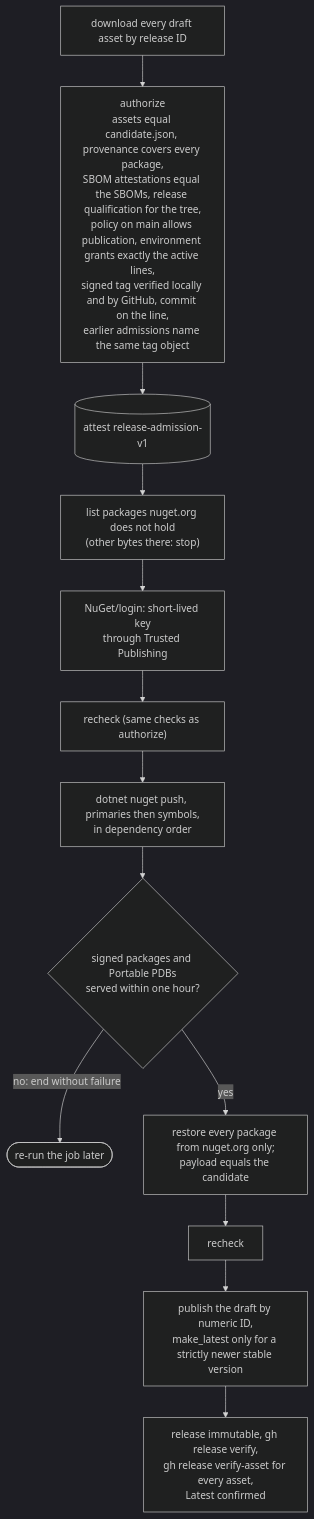
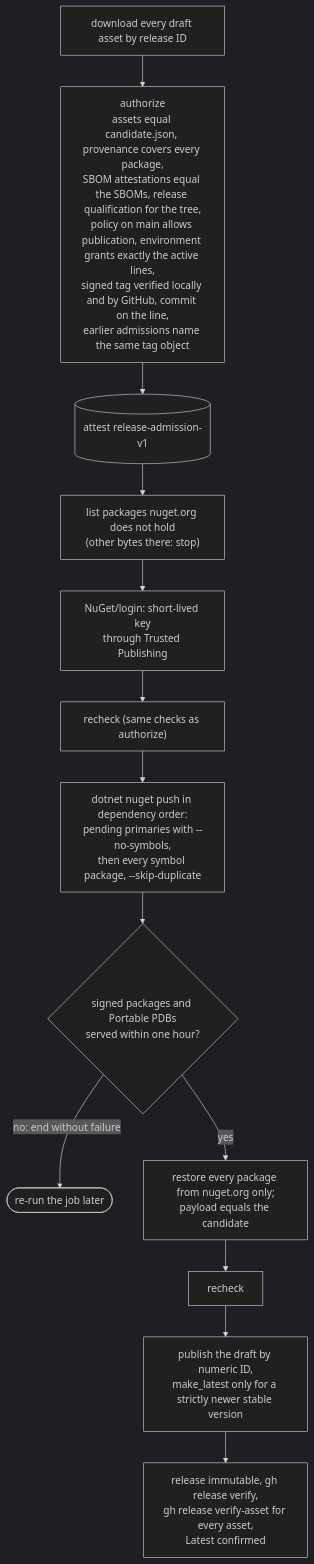
Diagram 13 of 19 in docs/overview.md (doka-labs/workflows), drawn with Mermaid (dark theme) before and after one commit. The commit also changed other lines of this file and 8 other files, not shown here.

````diff
--- a/docs/overview.md
+++ b/docs/overview.md
@@ -317,15 +319,15 @@
 ```mermaid
 flowchart TB
   dl["download every draft asset by release ID"] --> auth["authorize<br/>assets equal candidate.json, provenance covers every package,<br/>SBOM attestations equal the SBOMs, release qualification for the tree,<br/>policy on main allows publication, environment grants exactly the active lines,<br/>signed tag verified locally and by GitHub, commit on the line,<br/>earlier admissions name the same tag object"]
   auth --> adm[("attest release-admission-v1")]
   adm --> pending["list packages nuget.org does not hold<br/>(other bytes there: stop)"]
   pending --> login["NuGet/login: short-lived key<br/>through Trusted Publishing"]
   login --> recheck["recheck (same checks as authorize)"]
-  recheck --> push["dotnet nuget push, primaries then symbols,<br/>in dependency order"]
+  recheck --> push["dotnet nuget push in dependency order:<br/>pending primaries with --no-symbols,<br/>then every symbol package, --skip-duplicate"]
   push --> readback{"signed packages and Portable PDBs<br/>served within one hour?"}
   readback -- "no: end without failure" --> rerun(["re-run the job later"])
   readback -- yes --> consumer["restore every package from nuget.org only;<br/>payload equals the candidate"]
   consumer --> recheck2["recheck"]
   recheck2 --> rel["publish the draft by numeric ID,<br/>make_latest only for a strictly newer stable version"]
   rel --> verify["release immutable, gh release verify,<br/>gh release verify-asset for every asset,<br/>Latest confirmed"]
 ```
````
